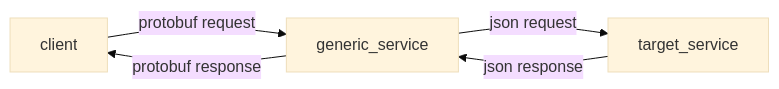
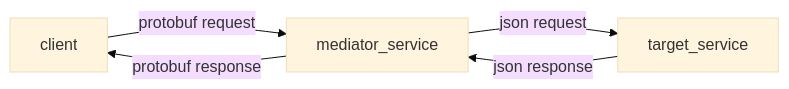
The diagram in readme.md (satjinder/grpc-mediator-service), drawn with Mermaid (base theme) before and after one commit. The commit also changed other lines of this file, not shown here.

````diff
--- a/readme.md
+++ b/readme.md
@@ -7,7 +7,7 @@
 ```mermaid
 graph LR;
-    client-- protobuf request -->generic_service;
-    generic_service-- json request -->target_service;
-    target_service-- json response -->generic_service
-    generic_service-- protobuf response --> client;
+    client-- protobuf request -->mediator_service;
+    mediator_service-- json request -->target_service;
+    target_service-- json response -->mediator_service
+    mediator_service-- protobuf response --> client;
 ```
````
